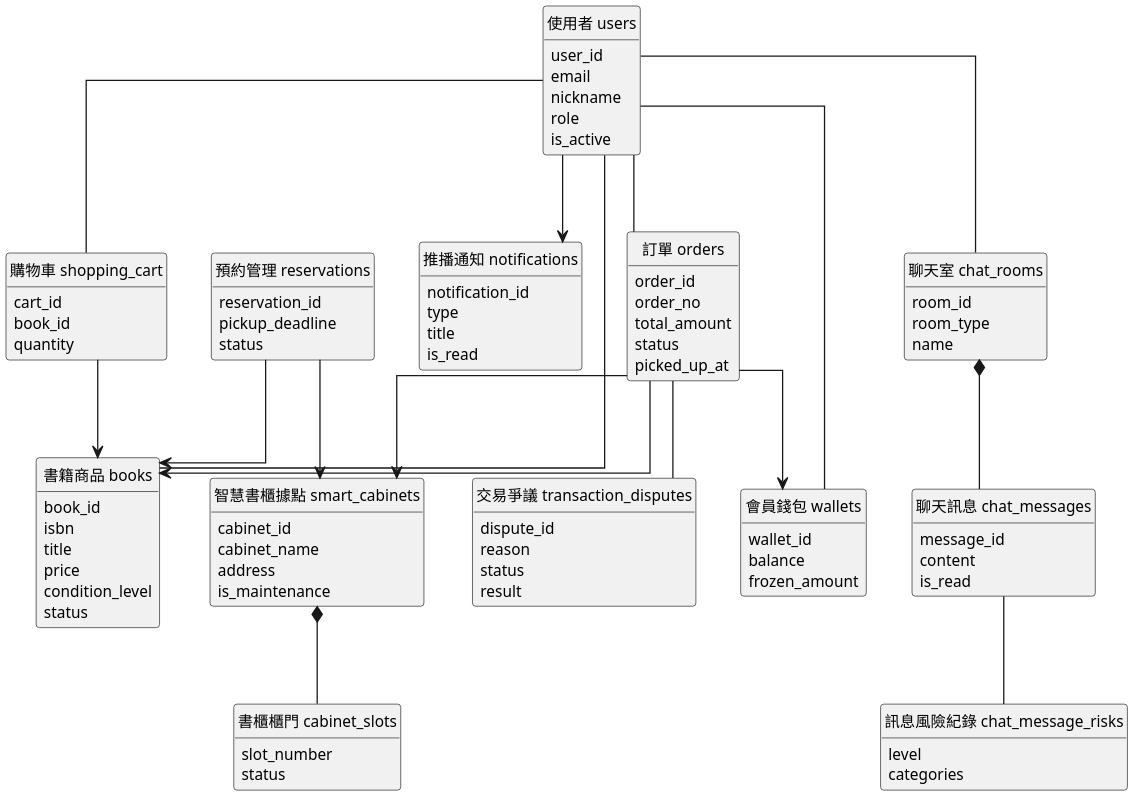
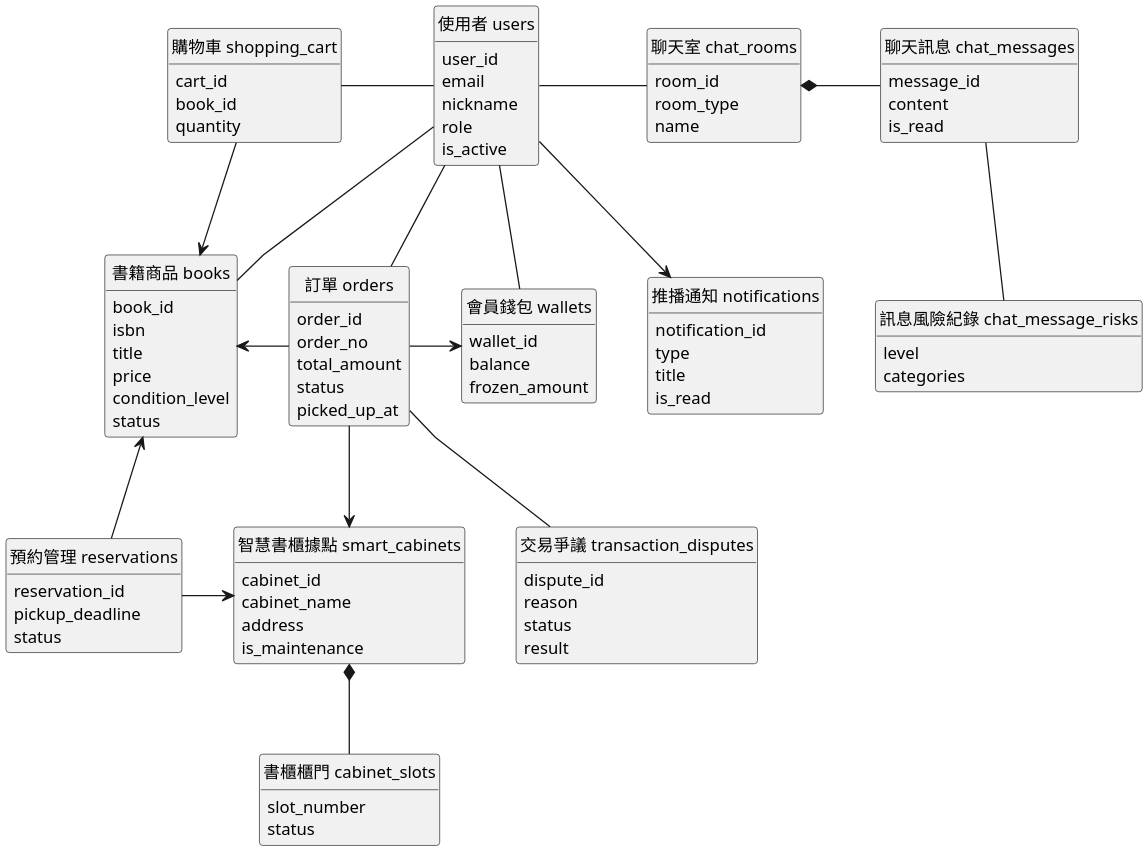
The diagram in Diagrams/Analysis Class Diagram/v3/analysis_class.puml (SaveMyBook/SaveMyBook), drawn with PlantUML before and after one commit. The commit also changed 63 other files, not shown here.

```diff
--- a/Diagrams/Analysis Class Diagram/v3/analysis_class.puml
+++ b/Diagrams/Analysis Class Diagram/v3/analysis_class.puml
@@ -1,102 +1,104 @@
 @startuml
 skinparam monochrome true
 skinparam shadowing false
 skinparam dpi 220
 skinparam defaultFontName "PingFang TC"
-skinparam defaultFontSize 12
+skinparam defaultFontSize 13
 skinparam classAttributeIconSize 0
-skinparam linetype ortho
+skinparam linetype polyline
+skinparam nodesep 40
+skinparam ranksep 70
 hide circle
 hide empty methods
 
 class "使用者 users" as users {
   user_id
   email
   nickname
   role
   is_active
 }
 class "會員錢包 wallets" as wallets {
   wallet_id
   balance
   frozen_amount
 }
 class "書籍商品 books" as books {
   book_id
   isbn
   title
   price
   condition_level
   status
 }
 class "購物車 shopping_cart" as cart {
   cart_id
   book_id
   quantity
 }
 class "訂單 orders" as orders {
   order_id
   order_no
   total_amount
   status
   picked_up_at
 }
 class "交易爭議 transaction_disputes" as disputes {
   dispute_id
   reason
   status
   result
 }
 class "預約管理 reservations" as reservations {
   reservation_id
   pickup_deadline
   status
 }
 class "智慧書櫃據點 smart_cabinets" as cabinets {
   cabinet_id
   cabinet_name
   address
   is_maintenance
 }
 class "書櫃櫃門 cabinet_slots" as slots {
   slot_number
   status
 }
 class "聊天室 chat_rooms" as rooms {
   room_id
   room_type
   name
 }
 class "聊天訊息 chat_messages" as messages {
   message_id
   content
   is_read
 }
 class "訊息風險紀錄 chat_message_risks" as risks {
   level
   categories
 }
 class "推播通知 notifications" as notifications {
   notification_id
   type
   title
   is_read
 }
 
-users -- wallets
-users -- cart
+users -left- cart
+users -right- rooms
+rooms *-right- messages
+messages -- risks
 cart --> books
 users -- books
+orders -left-> books
 users -- orders
-orders --> books
-orders --> wallets
+orders -right-> wallets
+users -- wallets
+users --> notifications
+reservations -up-> books
+reservations -right-> cabinets
+orders --> cabinets
 orders -- disputes
-reservations --> books
-reservations --> cabinets
 cabinets *-- slots
-orders --> cabinets
-users -- rooms
-rooms *-- messages
-messages -- risks
-users --> notifications
 @enduml
```
